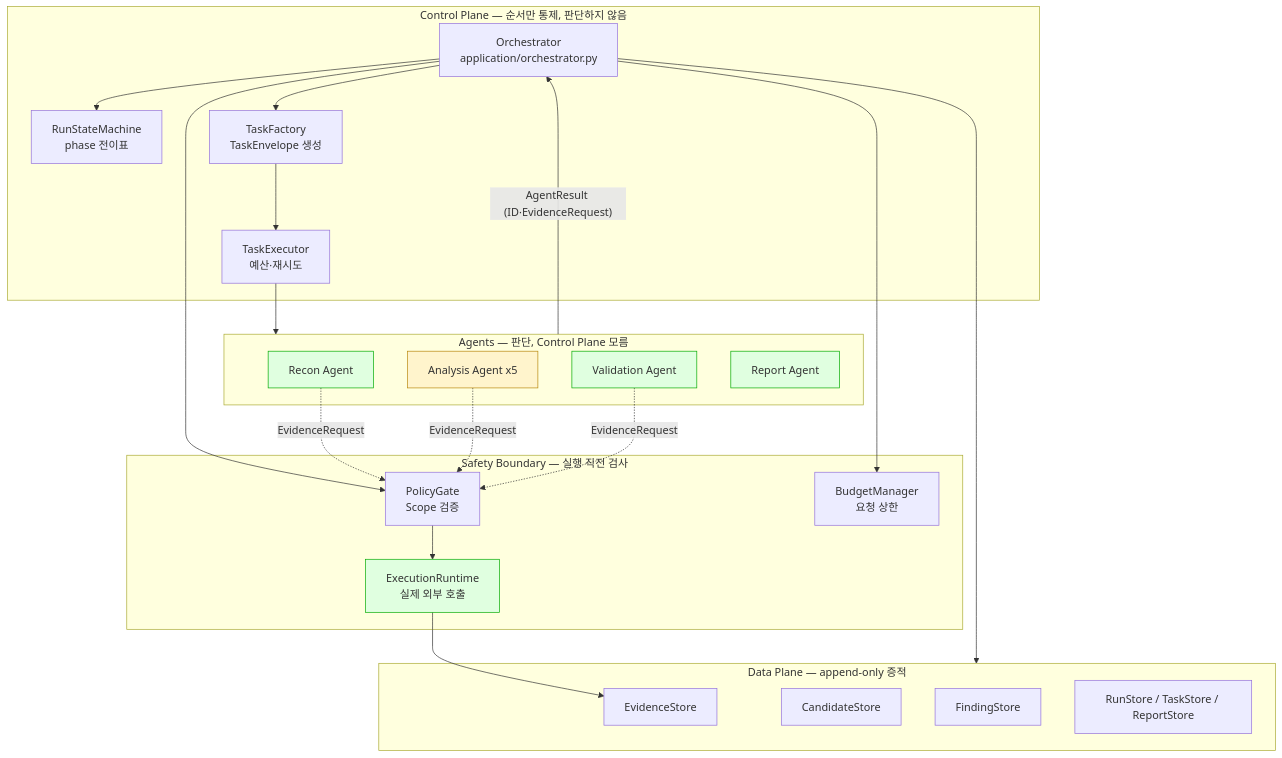
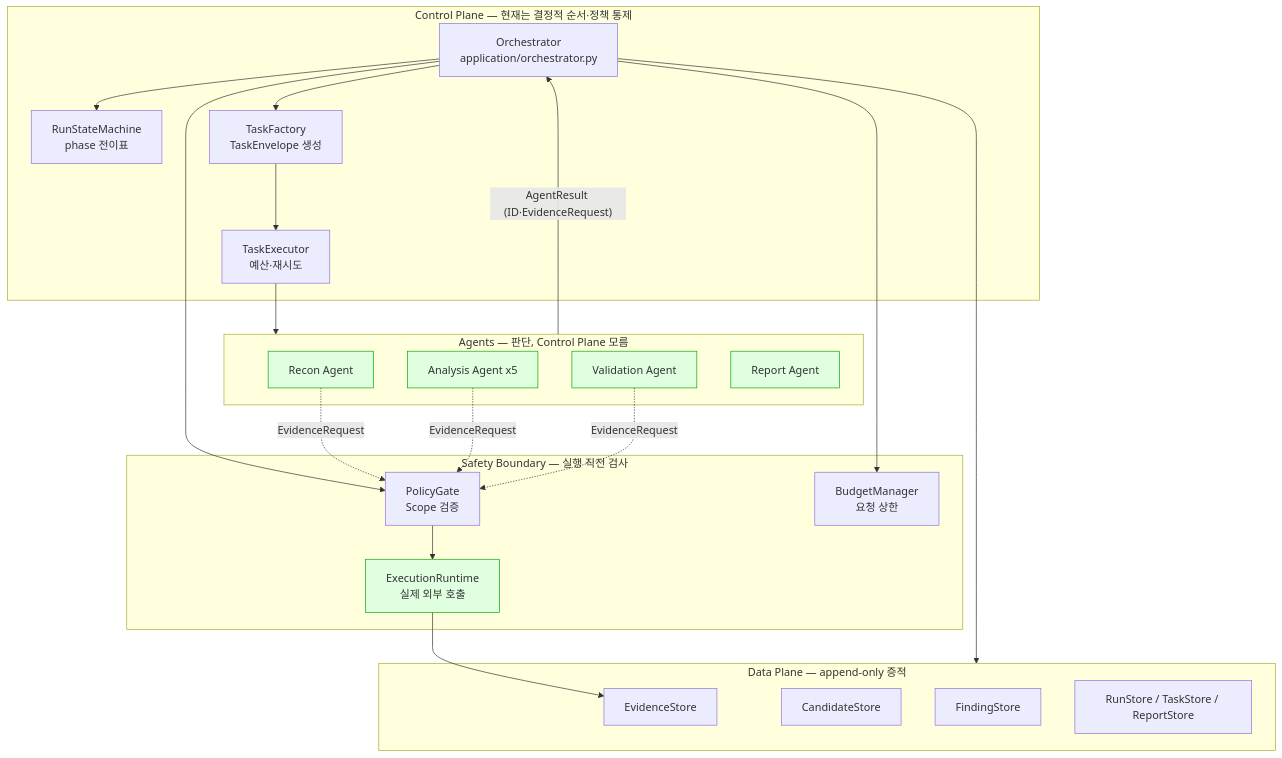
Before and after one commit to Hacklipse/LASP_2026: the first of 3 diagrams in IMPLEMENTATION_PLAN.md, drawn with Mermaid. The commit also changed other lines of this file, not shown here.

````diff
--- a/IMPLEMENTATION_PLAN.md
+++ b/IMPLEMENTATION_PLAN.md
@@ -50,43 +73,43 @@
 ```mermaid
 flowchart TB
-    subgraph CP["Control Plane — 순서만 통제, 판단하지 않음"]
+    subgraph CP["Control Plane — 현재는 결정적 순서·정책 통제"]
         ORCH["Orchestrator<br/>application/orchestrator.py"]
         SM["RunStateMachine<br/>phase 전이표"]
         TF["TaskFactory<br/>TaskEnvelope 생성"]
         TE["TaskExecutor<br/>예산·재시도"]
     end
 
     subgraph GATE["Safety Boundary — 실행 직전 검사"]
         PG["PolicyGate<br/>Scope 검증"]
         BM["BudgetManager<br/>요청 상한"]
         RT["ExecutionRuntime<br/>실제 외부 호출"]
     end
 
     subgraph AG["Agents — 판단, Control Plane 모름"]
         RC["Recon Agent"]
         AN["Analysis Agent x5"]
         VA["Validation Agent"]
         RP["Report Agent"]
     end
 
     subgraph DP["Data Plane — append-only 증적"]
         ES["EvidenceStore"]
         CS["CandidateStore"]
         FS["FindingStore"]
         RS["RunStore / TaskStore / ReportStore"]
     end
 
     ORCH --> SM
     ORCH --> TF --> TE --> AG
     ORCH --> PG
     ORCH --> BM
     AG -->|"AgentResult (ID·EvidenceRequest)"| ORCH
     RC & AN & VA -.->|"EvidenceRequest"| PG --> RT --> ES
     ORCH --> DP
 
     style RC fill:#e0ffe0,stroke:#0a0
-    style AN fill:#fff4cc,stroke:#b8860b
+    style AN fill:#e0ffe0,stroke:#0a0
     style VA fill:#e0ffe0,stroke:#0a0
     style RT fill:#e0ffe0,stroke:#0a0
     style RP fill:#e0ffe0,stroke:#0a0
 ```
````
